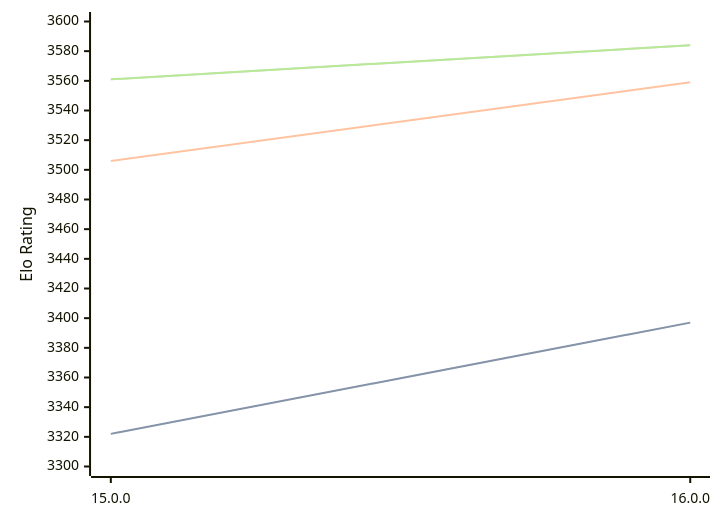
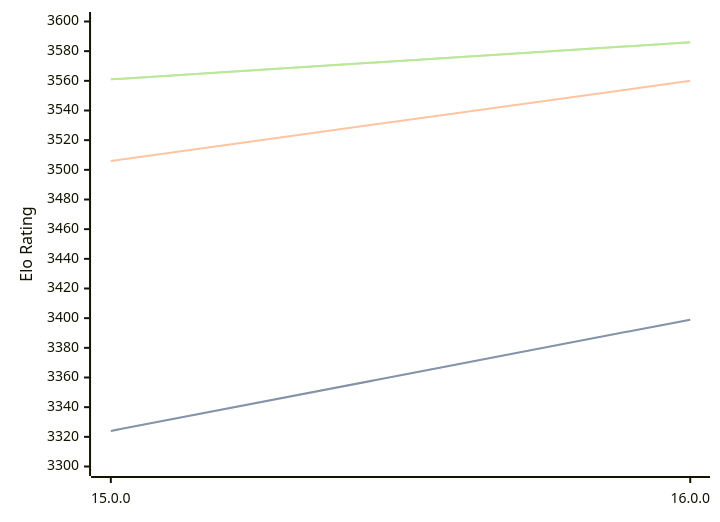
One commit to computer-chess-index/cci changed the diagram in engines/Halogen.md. Above: the diagram before and after it, drawn with Mermaid. The commit also changed other lines of this file, not shown here.

Commit message:
Update CCI Ratings (ELO VLTC) - 2026-04-27

````diff
--- a/engines/Halogen.md
+++ b/engines/Halogen.md
@@ -50,11 +50,11 @@
 ```mermaid
 %%{init: {"theme":"base","themeVariables":{"seriesColors:['#a3a3a3','#222221','#faa371']}}}%%
 xychart-beta
   x-axis ["15.0.0", "16.0.0"]
   y-axis "Elo Rating" 3300 --> 3600
-  line "STC (8.0+0.08s)" [3322, 3397]
-  line "STC (8.0+0.08s)" [3322, 3397]
-  line "LTC (60.0+0.60s)" [3506, 3559]
-  line "VLTC (2m24s+1.12s)" [3561, 3584]
-  line "VLTC (2m24s+1.12s)" [3561, 3584]
+  line "STC (8.0+0.08s)" [3324, 3399]
+  line "STC (8.0+0.08s)" [3324, 3399]
+  line "LTC (60.0+0.60s)" [3506, 3560]
+  line "VLTC (2m24s+1.12s)" [3561, 3586]
+  line "VLTC (2m24s+1.12s)" [3561, 3586]
 ```
````
